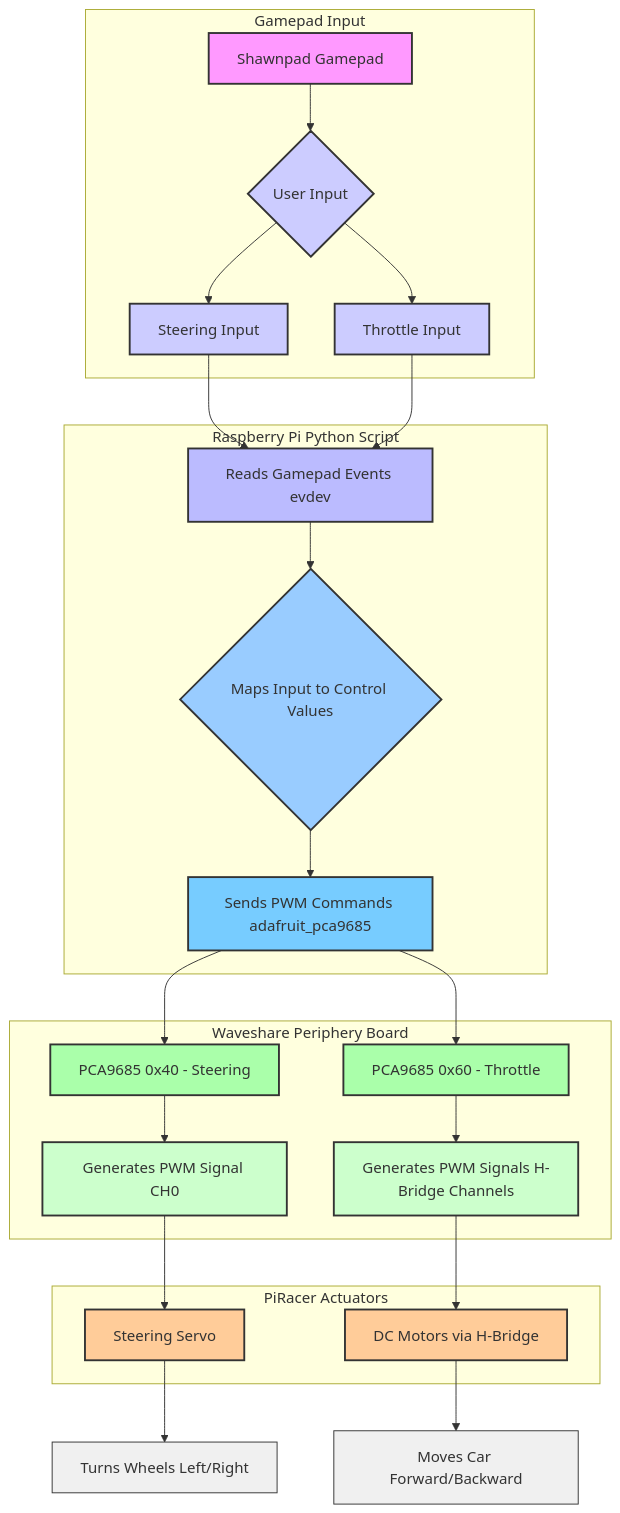
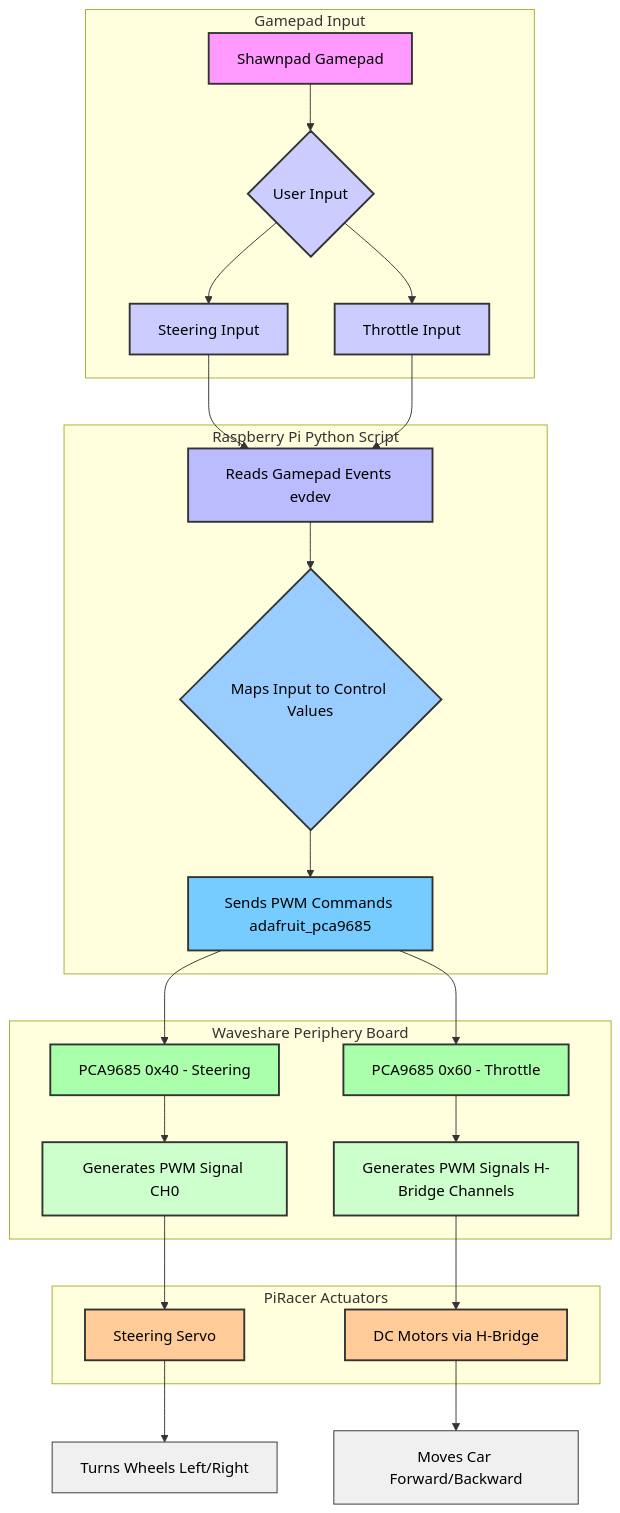
Before and after one commit to saicharansathyam/Instrument-Cluster: the diagram in Challenge/README.md, drawn with Mermaid. The commit also changed other lines of this file, not shown here.

````diff
--- a/Challenge/README.md
+++ b/Challenge/README.md
@@ -2,46 +2,46 @@
 ```mermaid
 graph TD
     subgraph "Gamepad Input"
         A[Shawnpad Gamepad] --> B{User Input}
         B --> C[Steering Input]
         B --> D[Throttle Input]
     end
 
     subgraph "Raspberry Pi Python Script"
         C --> E[Reads Gamepad Events evdev]
         D --> E
         E --> F{Maps Input to Control Values}
         F --> G[Sends PWM Commands adafruit_pca9685]
     end
 
     subgraph "Waveshare Periphery Board"
         G --> H1[PCA9685 0x40 - Steering]
         G --> H2[PCA9685 0x60 - Throttle]
         H1 --> I[Generates PWM Signal CH0]
         H2 --> J[Generates PWM Signals H-Bridge Channels]
     end
 
     subgraph "PiRacer Actuators"
         I --> K[Steering Servo]
         J --> L[DC Motors via H-Bridge]
     end
 
     K --> M[Turns Wheels Left/Right]
     L --> N[Moves Car Forward/Backward]
 
-    style A fill:#f9f,stroke:#333,stroke-width:2px
-    style B fill:#ccf,stroke:#333,stroke-width:2px
-    style C fill:#ccf,stroke:#333,stroke-width:2px
-    style D fill:#ccf,stroke:#333,stroke-width:2px
-    style E fill:#bbf,stroke:#333,stroke-width:2px
-    style F fill:#9cf,stroke:#333,stroke-width:2px
-    style G fill:#7cf,stroke:#333,stroke-width:2px
-    style H1 fill:#aaffaa,stroke:#333,stroke-width:2px
-    style H2 fill:#aaffaa,stroke:#333,stroke-width:2px
-    style I fill:#ccffcc,stroke:#333,stroke-width:2px
-    style J fill:#ccffcc,stroke:#333,stroke-width:2px
-    style K fill:#ffcc99,stroke:#333,stroke-width:2px
-    style L fill:#ffcc99,stroke:#333,stroke-width:2px
-    style M fill:#f0f0f0,stroke:#333,stroke-width:1px
-    style N fill:#f0f0f0,stroke:#333,stroke-width:1px
+    style A fill:#f9f,stroke:#333,stroke-width:2px,color:#000
+    style B fill:#ccf,stroke:#333,stroke-width:2px,color:#000
+    style C fill:#ccf,stroke:#333,stroke-width:2px,color:#000
+    style D fill:#ccf,stroke:#333,stroke-width:2px,color:#000
+    style E fill:#bbf,stroke:#333,stroke-width:2px,color:#000
+    style F fill:#9cf,stroke:#333,stroke-width:2px,color:#000
+    style G fill:#7cf,stroke:#333,stroke-width:2px,color:#000
+    style H1 fill:#aaffaa,stroke:#333,stroke-width:2px,color:#000
+    style H2 fill:#aaffaa,stroke:#333,stroke-width:2px,color:#000
+    style I fill:#ccffcc,stroke:#333,stroke-width:2px,color:#000
+    style J fill:#ccffcc,stroke:#333,stroke-width:2px,color:#000
+    style K fill:#ffcc99,stroke:#333,stroke-width:2px,color:#000
+    style L fill:#ffcc99,stroke:#333,stroke-width:2px,color:#000
+    style M fill:#f0f0f0,stroke:#333,stroke-width:1px,color:#000
+    style N fill:#f0f0f0,stroke:#333,stroke-width:1px,color:#000
 ```
````
